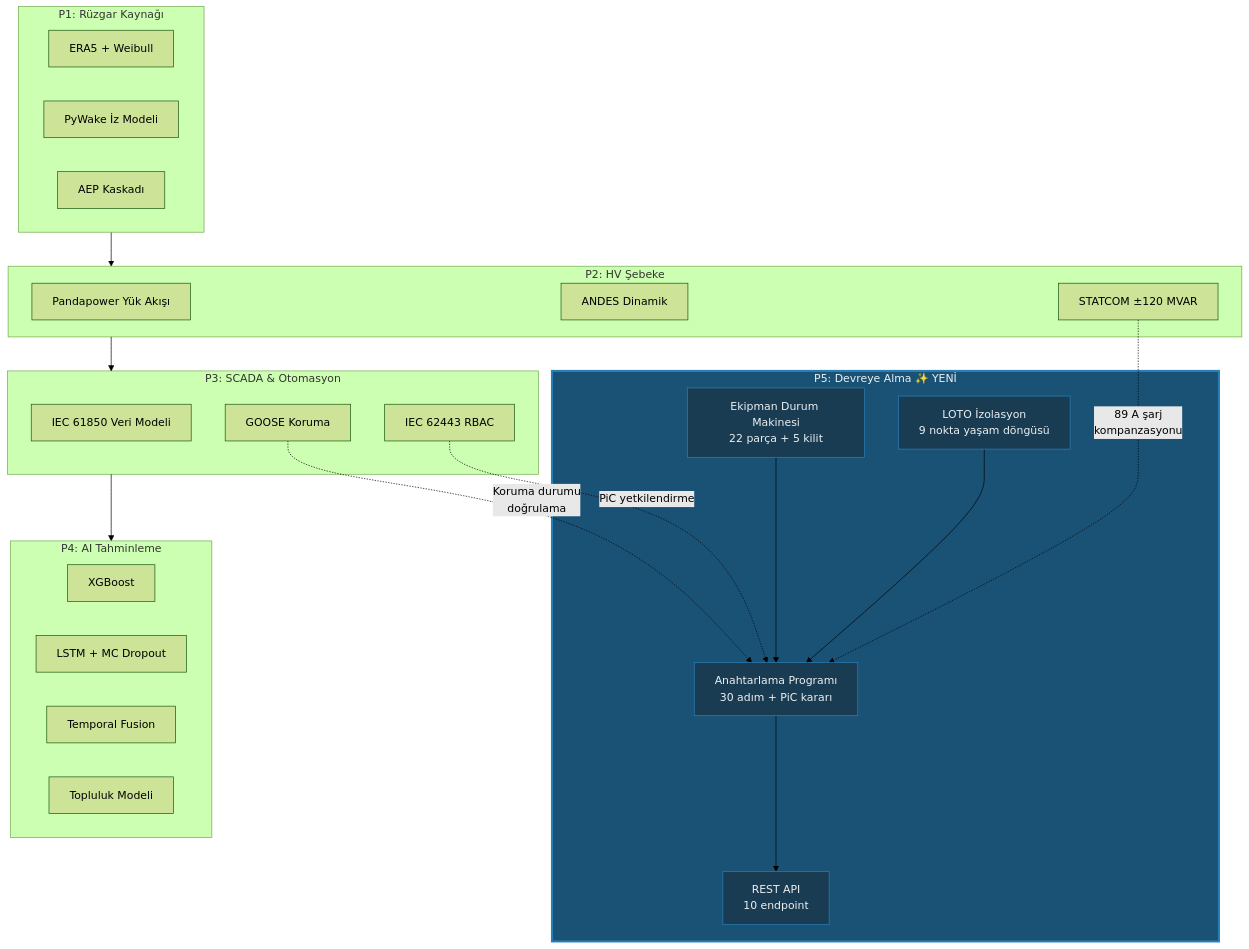
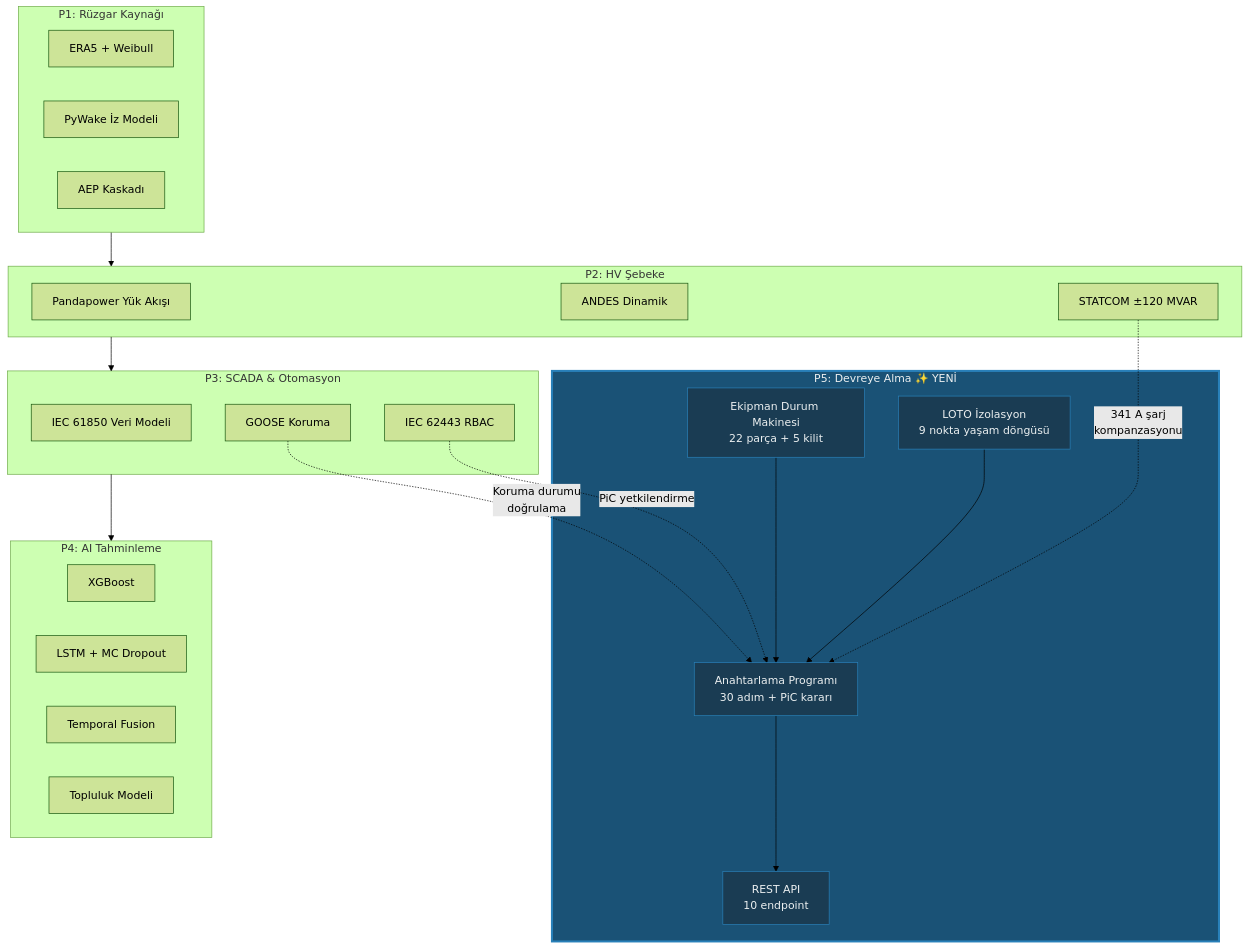
The diagram in docs/tr/lessons/lesson-017.md (polat-mustafa/baltic-wind-control-system), drawn with Mermaid (forest theme) before and after one commit. The commit also changed other lines of this file and 85 other files, not shown here.

````diff
--- a/docs/tr/lessons/lesson-017.md
+++ b/docs/tr/lessons/lesson-017.md
@@ -487,52 +487,52 @@
 ```mermaid
 graph TB
     subgraph P1["P1: Rüzgar Kaynağı"]
         ERA5["ERA5 + Weibull"]
         PyWake["PyWake İz Modeli"]
         AEP["AEP Kaskadı"]
     end
 
     subgraph P2["P2: HV Şebeke"]
         PF["Pandapower Yük Akışı"]
         ANDES["ANDES Dinamik"]
         STATCOM["STATCOM ±120 MVAR"]
     end
 
     subgraph P3["P3: SCADA & Otomasyon"]
         IEC61850["IEC 61850 Veri Modeli"]
         GOOSE["GOOSE Koruma"]
         RBAC["IEC 62443 RBAC"]
     end
 
     subgraph P4["P4: AI Tahminleme"]
         XGB["XGBoost"]
         LSTM["LSTM + MC Dropout"]
         TFT["Temporal Fusion"]
         ENS["Topluluk Modeli"]
     end
 
     subgraph P5["P5: Devreye Alma ✨ YENİ"]
         ESM["Ekipman Durum Makinesi<br/>22 parça + 5 kilit"]
         SP["Anahtarlama Programı<br/>30 adım + PiC kararı"]
         LOTO["LOTO İzolasyon<br/>9 nokta yaşam döngüsü"]
         API["REST API<br/>10 endpoint"]
     end
 
     P1 --> P2
     P2 --> P3
     P3 --> P4
 
-    STATCOM -.->|"89 A şarj<br/>kompanzasyonu"| SP
+    STATCOM -.->|"341 A şarj<br/>kompanzasyonu"| SP
     GOOSE -.->|"Koruma durumu<br/>doğrulama"| SP
     RBAC -.->|"PiC yetkilendirme"| SP
 
     ESM --> SP
     LOTO --> SP
     SP --> API
 
     style P5 fill:#1a5276,stroke:#2980b9,stroke-width:3px,color:#ecf0f1
     style ESM fill:#1a3c53,stroke:#2980b9,color:#ecf0f1
     style SP fill:#1a3c53,stroke:#2980b9,color:#ecf0f1
     style LOTO fill:#1a3c53,stroke:#2980b9,color:#ecf0f1
     style API fill:#1a3c53,stroke:#2980b9,color:#ecf0f1
 ```
````
